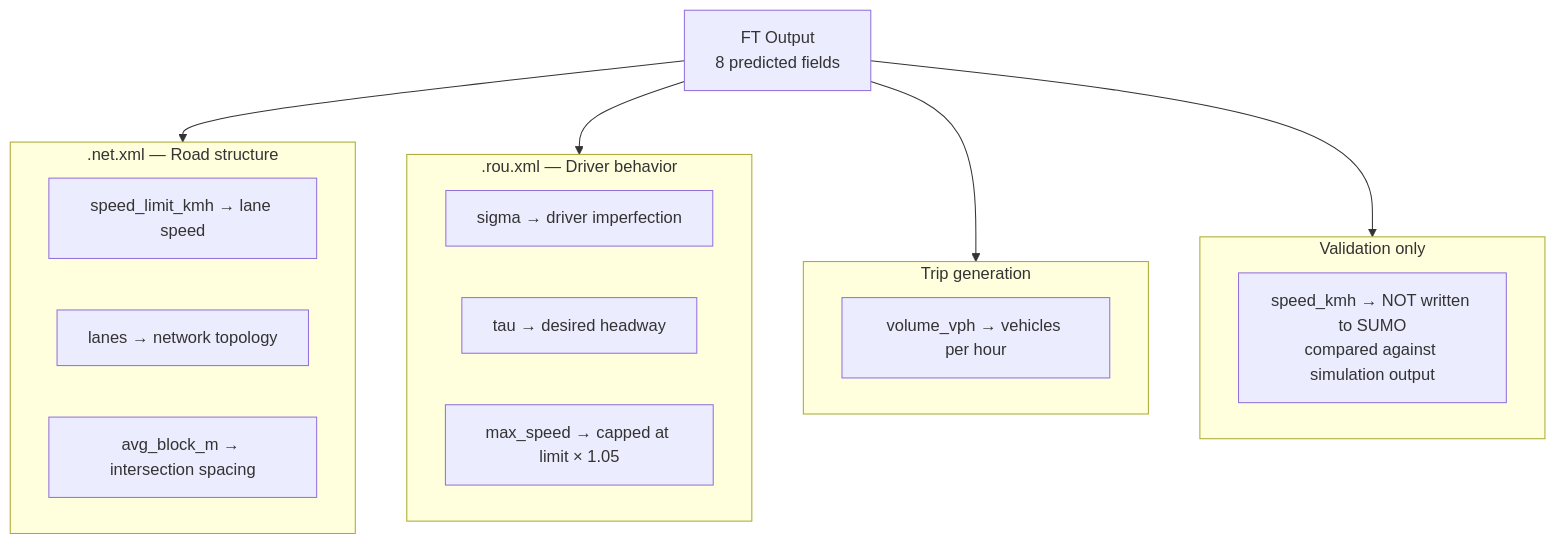
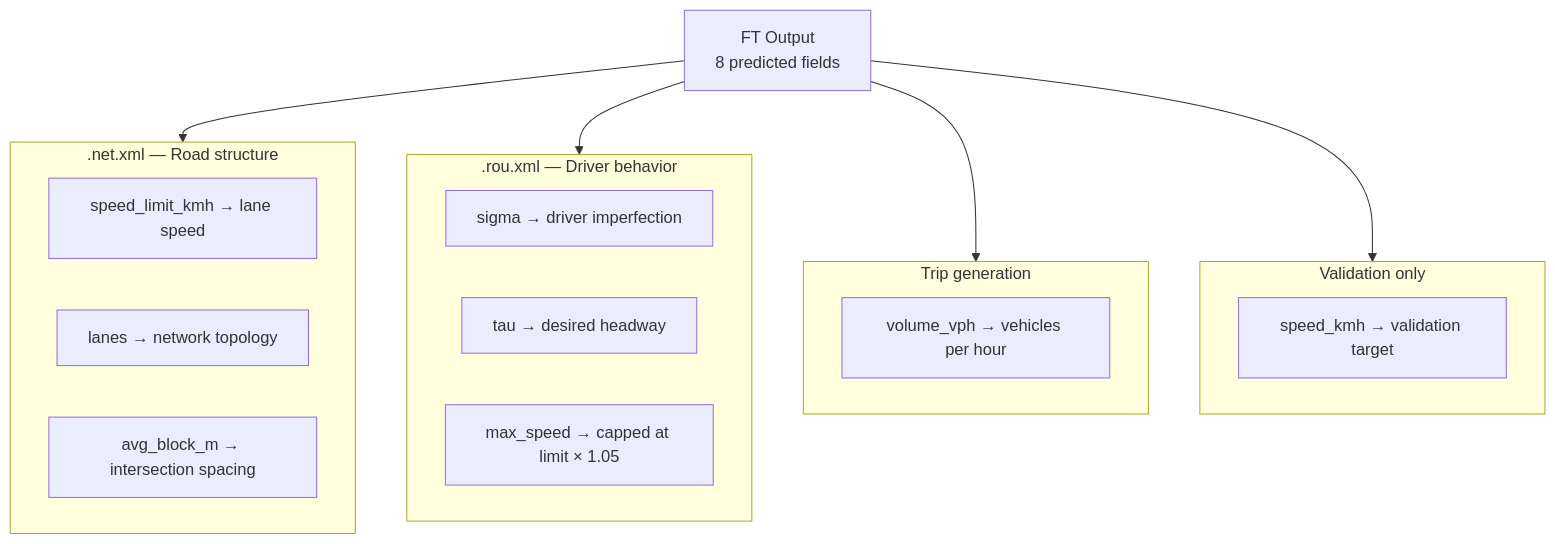
One commit to sewon-p/sumo-traffic-agent changed the fifth of 7 diagrams in README.md. Above: the diagram before and after it, drawn with Mermaid. The commit also changed other lines of this file and 1 other file, not shown here.

Commit message:
Tone down speed_kmh distinction — state once, not repeatedly

````diff
--- a/README.md
+++ b/README.md
@@ -336,26 +336,26 @@
 ```mermaid
 flowchart TD
     FT["FT Output\n8 predicted fields"]
 
     FT --> Network & VType & Demand & Target
 
     subgraph Network[".net.xml — Road structure"]
         SL["speed_limit_kmh → lane speed"]
         LN["lanes → network topology"]
         BK["avg_block_m → intersection spacing"]
     end
 
     subgraph VType[".rou.xml — Driver behavior"]
         SG["sigma → driver imperfection"]
         TU["tau → desired headway"]
         MS["max_speed → capped at limit × 1.05"]
     end
 
     subgraph Demand["Trip generation"]
         VPH["volume_vph → vehicles per hour"]
     end
 
     subgraph Target["Validation only"]
-        SK["speed_kmh → NOT written to SUMO\ncompared against simulation output"]
+        SK["speed_kmh → validation target"]
     end
 ```
````
